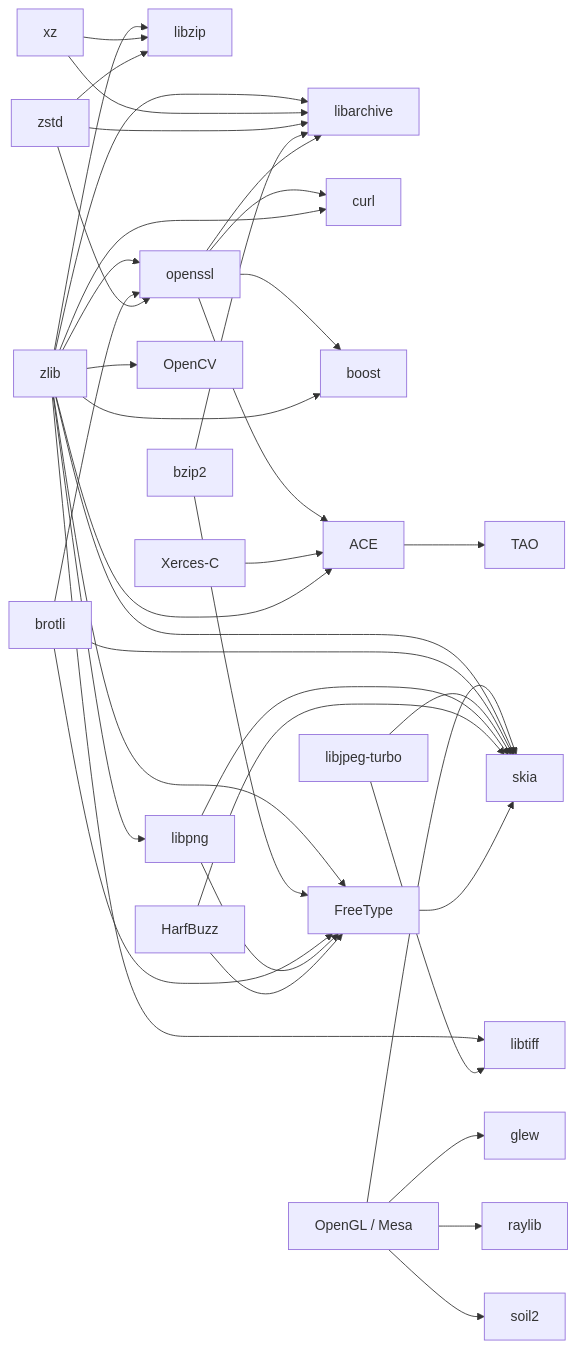
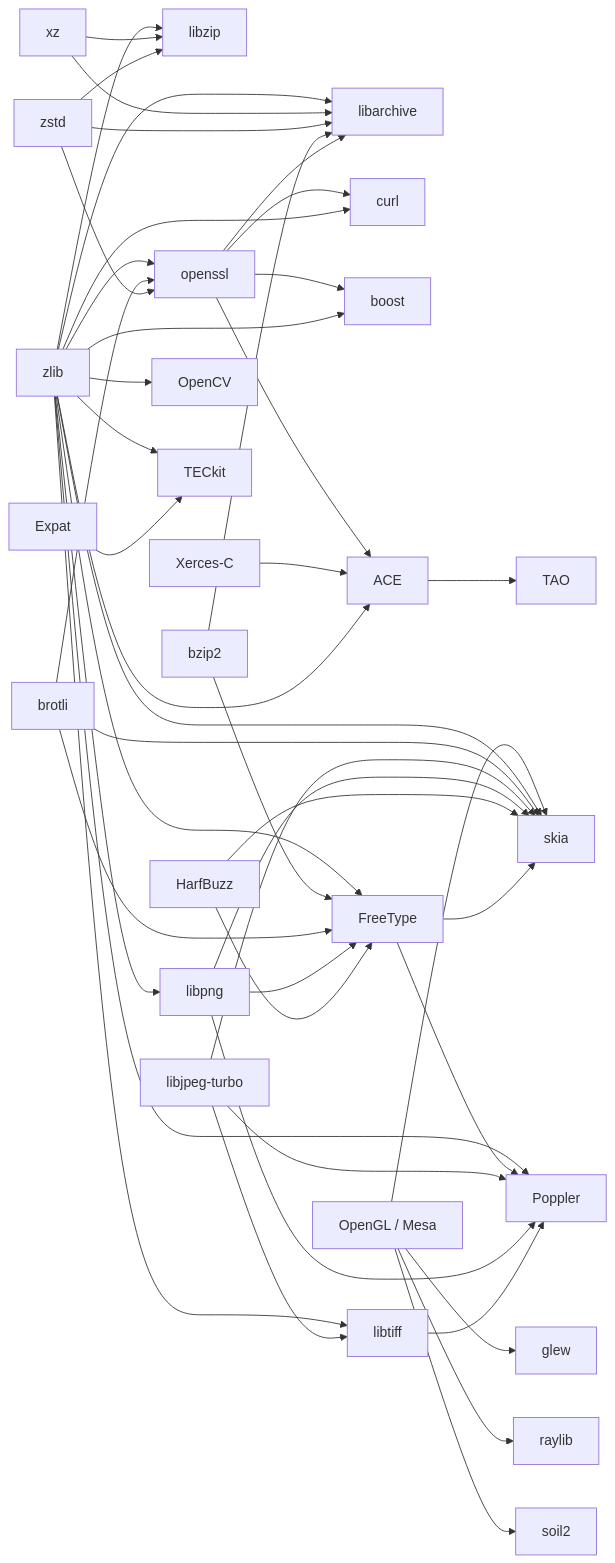
One commit to adeccscholar/BuildEngine-Admin changed the diagram in admin/server-docs/libraries.md. Above: the diagram before and after it, drawn with Mermaid. The commit also changed other lines of this file and 4 other files, not shown here.

````diff
--- a/admin/server-docs/libraries.md
+++ b/admin/server-docs/libraries.md
@@ -27,51 +27,60 @@
 ```mermaid
 flowchart LR
    zlib --> libzip
    xz --> libzip
    zstd --> libzip
 
    zlib --> libarchive
    xz --> libarchive
    zstd --> libarchive
    bzip2 --> libarchive
    openssl --> libarchive
 
    zlib --> openssl
    brotli --> openssl
    zstd --> openssl
 
    openssl --> curl
    zlib --> curl
 
    openssl --> boost
    zlib --> boost
 
    openssl --> ace[ACE]
    xerces[Xerces-C] --> ace
    zlib --> ace
    ace --> tao[TAO]
 
    opengl[OpenGL / Mesa] --> glew
    opengl --> raylib
    opengl --> soil2
 
    zlib --> libpng
    zlib --> libtiff
    jpeg[libjpeg-turbo] --> libtiff
 
    zlib --> freetype[FreeType]
    bzip2 --> freetype
    brotli --> freetype
    libpng --> freetype
    harfbuzz[HarfBuzz] --> freetype
 
    opengl --> skia
    zlib --> skia
    brotli --> skia
    jpeg --> skia
    libpng --> skia
    harfbuzz --> skia
    freetype --> skia
 
    zlib --> opencv[OpenCV]
+
+   zlib --> teckit[TECkit]
+   expat[Expat] --> teckit
+
+   zlib --> poppler[Poppler]
+   freetype --> poppler
+   jpeg --> poppler
+   libpng --> poppler
+   libtiff --> poppler
 ```
````
